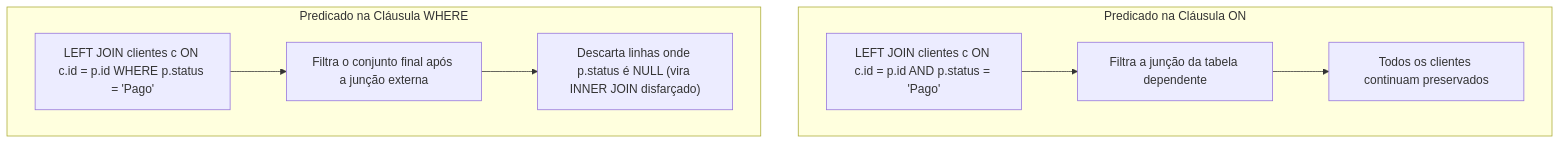
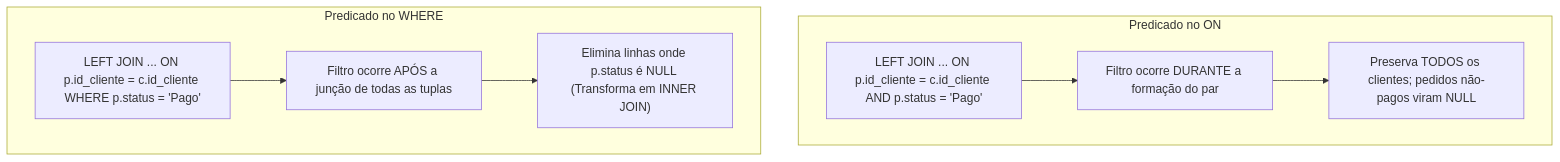
The seventh of 15 diagrams in 4º Semestre/[Prof. Welington Garcia] Tópicos Avançados em Banco de Dados/Resumos-IA/Simulados-Comentados.md (murilolol/unifef), drawn with Mermaid before and after one commit. The commit also changed other lines of this file and 18 other files, not shown here.

````diff
--- a/4º Semestre/[Prof. Welington Garcia] Tópicos Avançados em Banco de Dados/Resumos-IA/Simulados-Comentados.md
+++ b/4º Semestre/[Prof. Welington Garcia] Tópicos Avançados em Banco de Dados/Resumos-IA/Simulados-Comentados.md
@@ -552,15 +439,16 @@
 ```mermaid
 flowchart TD
-    subgraph Caso_ON ["Predicado na Cláusula ON"]
-        A1["LEFT JOIN clientes c ON c.id = p.id AND p.status = 'Pago'"]
-        A2["Filtra a junção da tabela dependente"]
-        A3["Todos os clientes continuam preservados"]
-        A1 --> A2 --> A3
-    end
-    subgraph Caso_WHERE ["Predicado na Cláusula WHERE"]
-        B1["LEFT JOIN clientes c ON c.id = p.id WHERE p.status = 'Pago'"]
-        B2["Filtra o conjunto final após a junção externa"]
-        B3["Descarta linhas onde p.status é NULL (vira INNER JOIN disfarçado)"]
-        B1 --> B2 --> B3
-    end
+  subgraph Processamento_ON ["Predicado no ON"]
+    A1["LEFT JOIN ... ON p.id_cliente = c.id_cliente AND p.status = 'Pago'"]
+    A2["Filtro ocorre DURANTE a formação do par"]
+    A3["Preserva TODOS os clientes; pedidos não-pagos viram NULL"]
+    A1 --> A2 --> A3
+  end
+
+  subgraph Processamento_WHERE ["Predicado no WHERE"]
+    B1["LEFT JOIN ... ON p.id_cliente = c.id_cliente WHERE p.status = 'Pago'"]
+    B2["Filtro ocorre APÓS a junção de todas as tuplas"]
+    B3["Elimina linhas onde p.status é NULL (Transforma em INNER JOIN)"]
+    B1 --> B2 --> B3
+  end
 ```
````
